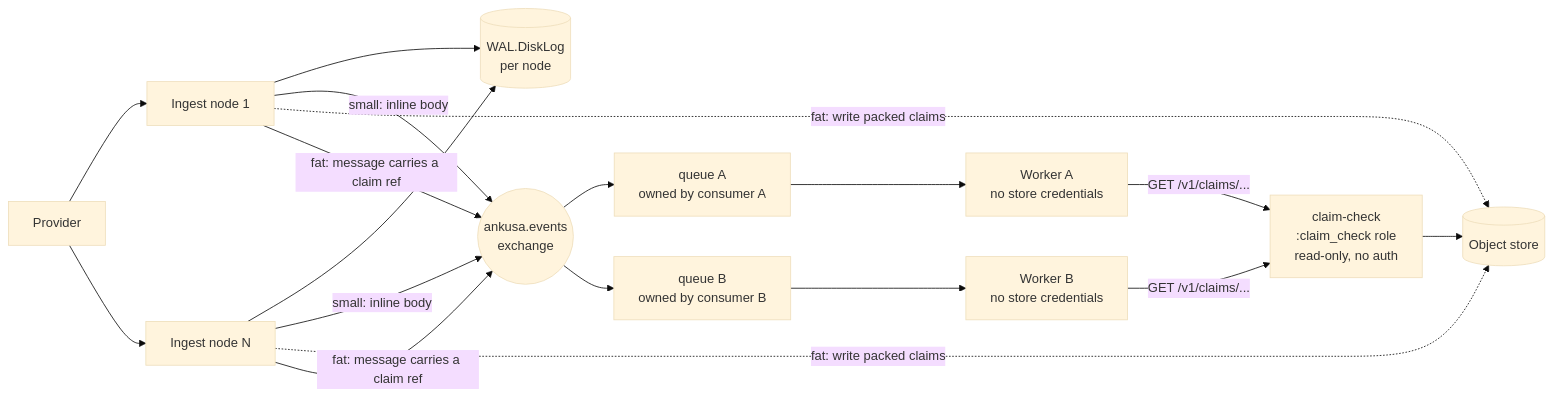
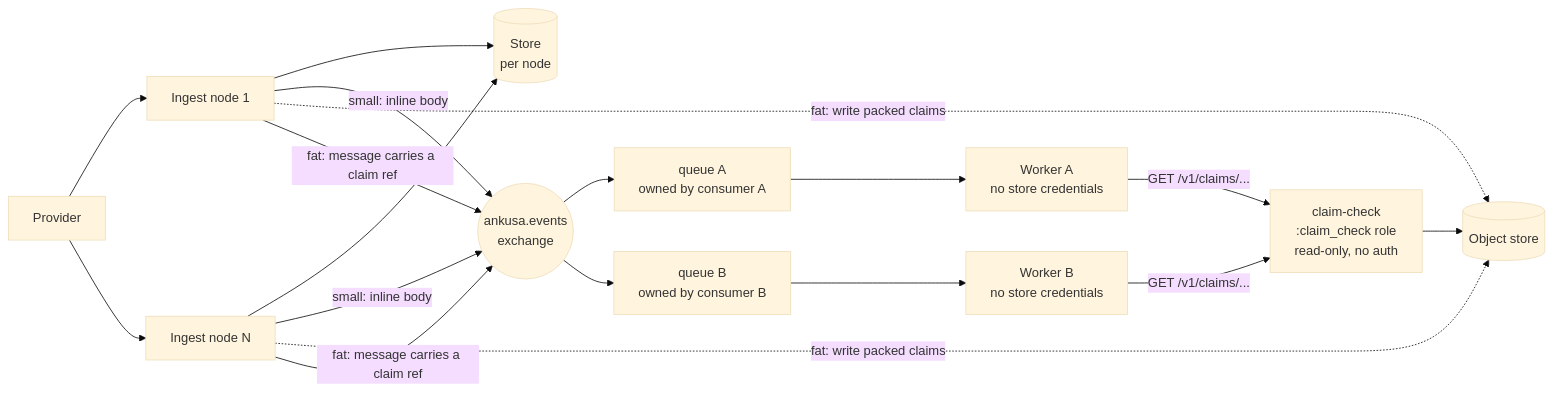
One commit to jamescarr/ankusa changed the fifth of 6 diagrams in docs/architecture.md. Above: the diagram before and after it, drawn with Mermaid (base theme). The commit also changed other lines of this file and 129 other files, not shown here.

Commit message:
feat(store)!: one RocksDB store replaces the WAL, DLQ and state files (#54)

````diff
--- a/docs/architecture.md
+++ b/docs/architecture.md
@@ -310,15 +322,15 @@
 ```mermaid
 flowchart LR
     P[Provider] --> E1[Ingest node 1]
     P --> E2[Ingest node N]
-    E1 & E2 --> WAL[("WAL.DiskLog\nper node")]
+    E1 & E2 --> S[("Store\nper node")]
     E1 & E2 -->|small: inline body| X(("ankusa.events\nexchange"))
     E1 & E2 -.fat: write packed claims.-> Obj[("Object store")]
     E1 & E2 -->|"fat: message carries a claim ref"| X
     X --> QA[queue A\nowned by consumer A]
     X --> QB[queue B\nowned by consumer B]
     QA --> CA[Worker A\nno store credentials]
     QB --> CB[Worker B\nno store credentials]
     CA & CB -->|GET /v1/claims/...| CC["claim-check\n:claim_check role\nread-only, no auth"]
     CC --> Obj
 ```
````
